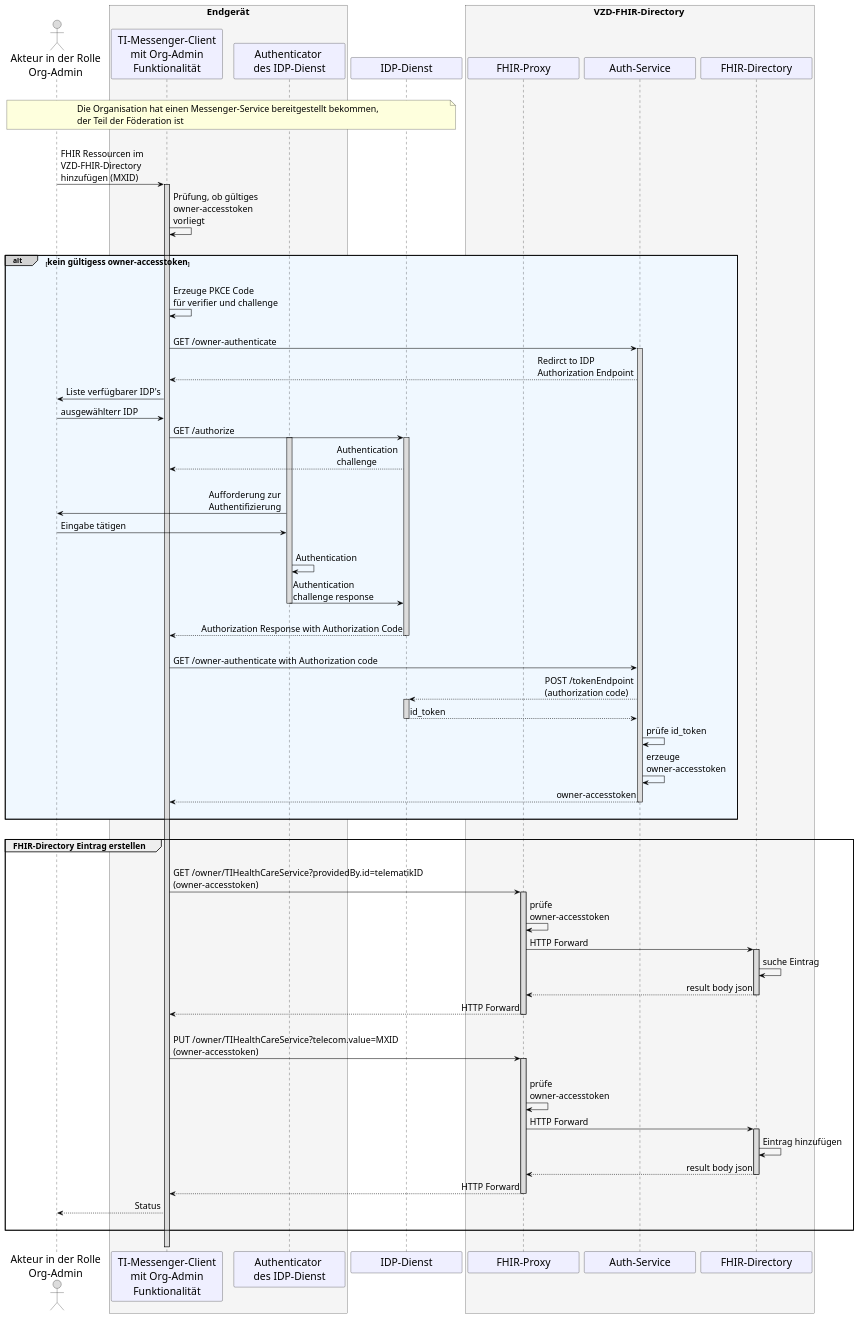
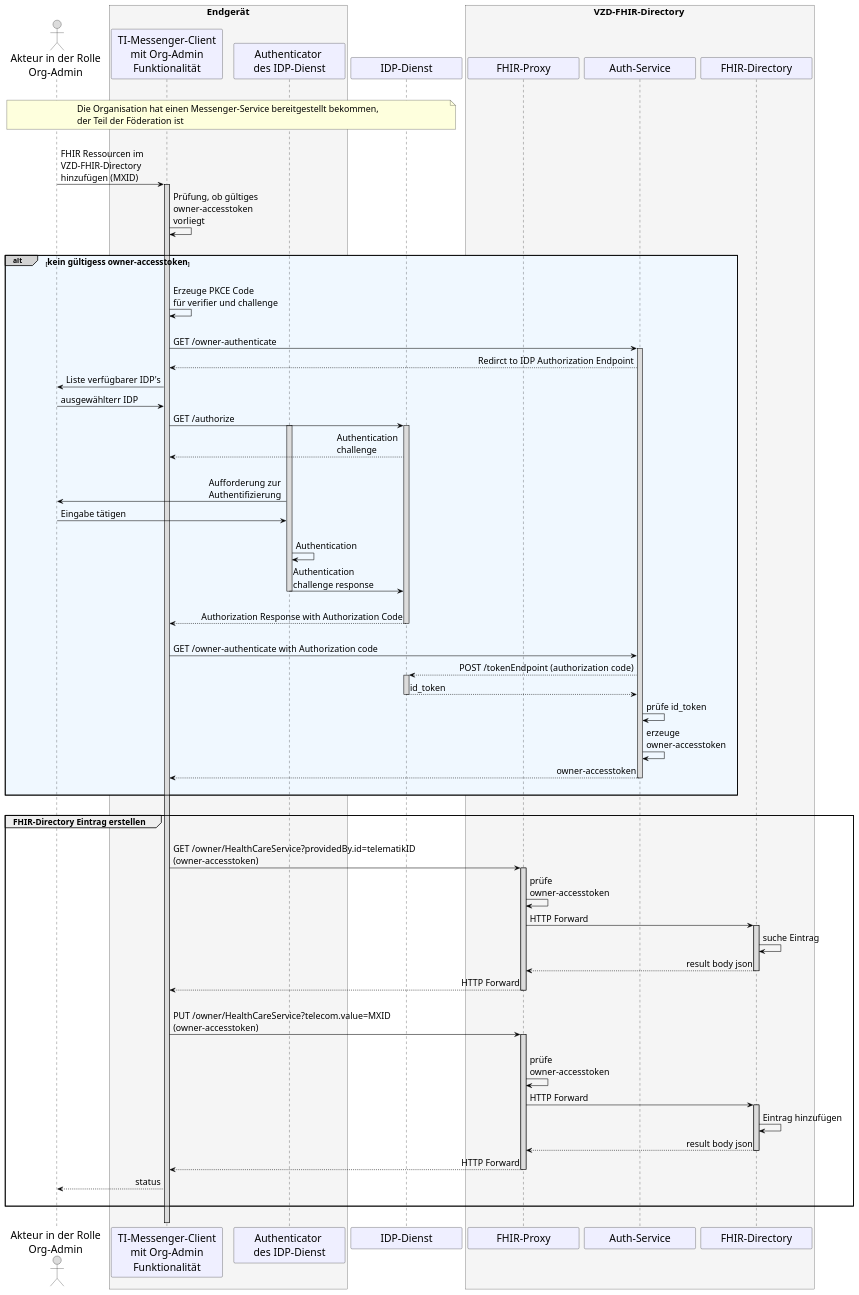
Before and after one commit to gematik/api-ti-messenger: the diagram in src/plantuml/TI-Messenger-Dienst/Ressourcen/UC_10059_Seq.puml, drawn with PlantUML.

```diff
--- a/src/plantuml/TI-Messenger-Dienst/Ressourcen/UC_10059_Seq.puml
+++ b/src/plantuml/TI-Messenger-Dienst/Ressourcen/UC_10059_Seq.puml
@@ -9,122 +9,122 @@
 @startuml
 skinparam sequenceMessageAlign direction
 skinparam minClassWidth 200
 skinparam BoxPadding 1
 skinparam sequenceReferenceHeaderBackgroundColor palegreen
 scale max 2048 width
 
 skinparam sequence {
 ArrowColor black
 ArrowFontSize 17
 ActorBorderColor black
 LifeLineBorderColor black
 LifeLineBackgroundColor Gainsboro
 
 ParticipantBorderColor Motivation
 ParticipantBackgroundColor Motivation
 ParticipantFontName Impact
 ParticipantFontSize 20
 ParticipantFontColor black
 ParticipantBorderColor Black
 ParticipantBackgroundColor MOTIVATION
 
 ActorBackgroundColor Gainsboro
 ActorFontColor black
 ActorFontSize 20
 ActorFontName Aapex
 }
     actor U as "Akteur in der Rolle\nOrg-Admin"
     box <size:18>Endgerät</size>\n #WhiteSmoke 
     participant C as "TI-Messenger-Client\n mit Org-Admin \nFunktionalität"
     participant A as "Authenticator \ndes IDP-Dienst"
     end box
     participant I as "IDP-Dienst" 
     box <size:18>VZD-FHIR-Directory</size> #WhiteSmoke
       participant FP as "FHIR-Proxy"
       participant Auth as "Auth-Service"
       participant VZD as "FHIR-Directory"
     end box
 
 |||
 note over U, I: <size:17>Die Organisation hat einen Messenger-Service bereitgestellt bekommen, \n<size:17>der Teil der Föderation ist</size>
 |||
 
 U->C: FHIR Ressourcen im \nVZD-FHIR-Directory \nhinzufügen (MXID)
   Activate C
 C->C: Prüfung, ob gültiges \nowner-accesstoken \nvorliegt
 
 |||
 alt#LightGrey #AliceBlue <size:16>kein gültigess owner-accesstoken</size>
 |||
 
   C->C: Erzeuge PKCE Code \nfür verifier und challenge
   |||
   C->Auth: GET /owner-authenticate
     Activate Auth
-  Auth-->C: Redirct to IDP \nAuthorization Endpoint
+  Auth-->C: Redirct to IDP Authorization Endpoint
 
   C->U: Liste verfügbarer IDP's
   U->C: ausgewählterr IDP
     
   C->I: GET /authorize
     Activate A
     Activate I
   I-->C: Authentication \nchallenge
   |||
   A->U: Aufforderung zur \nAuthentifizierung
   U->A: Eingabe tätigen
   |||
   A->A: Authentication
   A->I: Authentication \nchallenge response
     Deactivate A
   |||
   I-->C: Authorization Response with Authorization Code
     Deactivate I
       
   |||    
   C->Auth: GET /owner-authenticate with Authorization code
-  Auth-->I: POST /tokenEndpoint\n(authorization code)
+  Auth-->I: POST /tokenEndpoint (authorization code)
     Activate I
   I-->Auth: id_token
     Deactivate I
   Auth->Auth: prüfe id_token
   Auth->Auth: erzeuge \nowner-accesstoken
   Auth-->C: owner-accesstoken
   ||| 
     
     Deactivate Auth
 end
       
 |||
 
 group <size:16>FHIR-Directory Eintrag erstellen</size>
   |||
-  C->FP: GET /owner/TIHealthCareService?providedBy.id=telematikID \n(owner-accesstoken)
+  C->FP: GET /owner/HealthCareService?providedBy.id=telematikID \n(owner-accesstoken)
     Activate FP
   FP->FP: prüfe \nowner-accesstoken
   FP->VZD: HTTP Forward
     Activate VZD
   VZD->VZD: suche Eintrag
   VZD-->FP: result body json
     Deactivate VZD
   FP-->C: HTTP Forward
     Deactivate FP
   |||
-  C->FP: PUT /owner/TIHealthCareService?telecom.value=MXID \n(owner-accesstoken)
+  C->FP: PUT /owner/HealthCareService?telecom.value=MXID \n(owner-accesstoken)
   |||
     Activate FP
   FP->FP: prüfe \nowner-accesstoken
   FP->VZD: HTTP Forward
     Activate VZD
   VZD->VZD: Eintrag hinzufügen
   VZD-->FP: result body json
     Deactivate VZD
   FP-->C: HTTP Forward
     Deactivate FP
-  C-->U: Status    
+  C-->U: status    
   |||
 end
 |||
 
   Deactivate C
 @enduml
```
